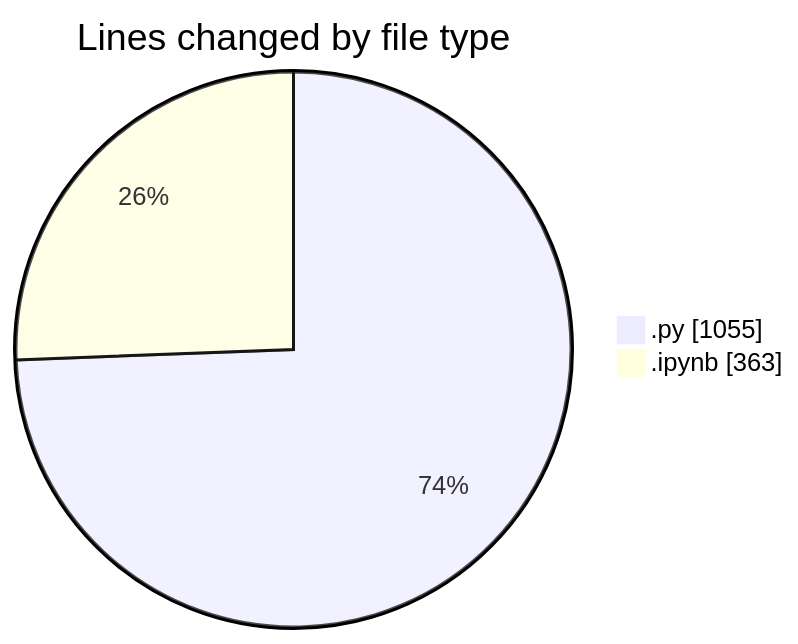
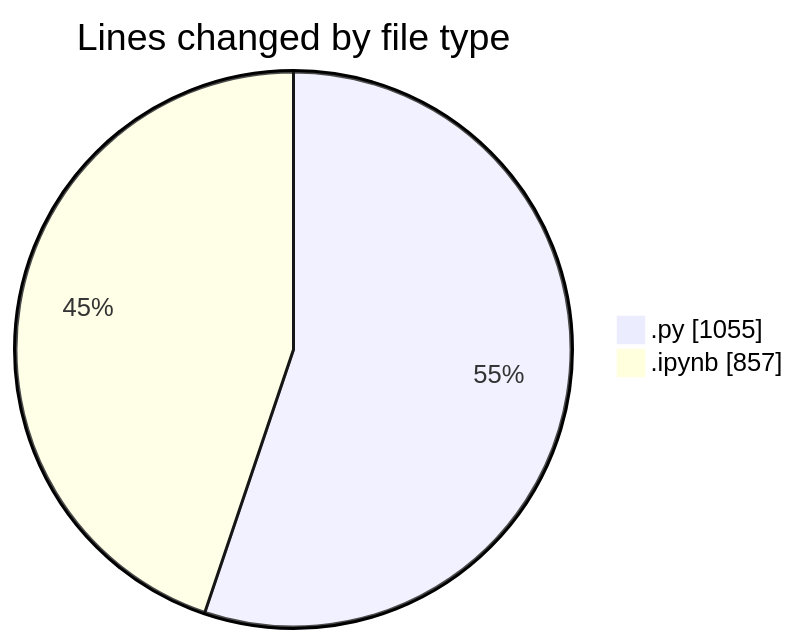
One commit to MatusMokan/code-tracking changed the first of 2 diagrams in 2025-11-15/untitled__workspace_/README.md. Above: the diagram before and after it, drawn with Mermaid. The commit also changed other lines of this file and 1 other file, not shown here.

````diff
--- a/2025-11-15/untitled__workspace_/README.md
+++ b/2025-11-15/untitled__workspace_/README.md
@@ -24,6 +24,6 @@
 ```mermaid
 pie showData
 title Lines changed by file type
 ".py" : 1055
-".ipynb" : 363
+".ipynb" : 857
 ```
````
